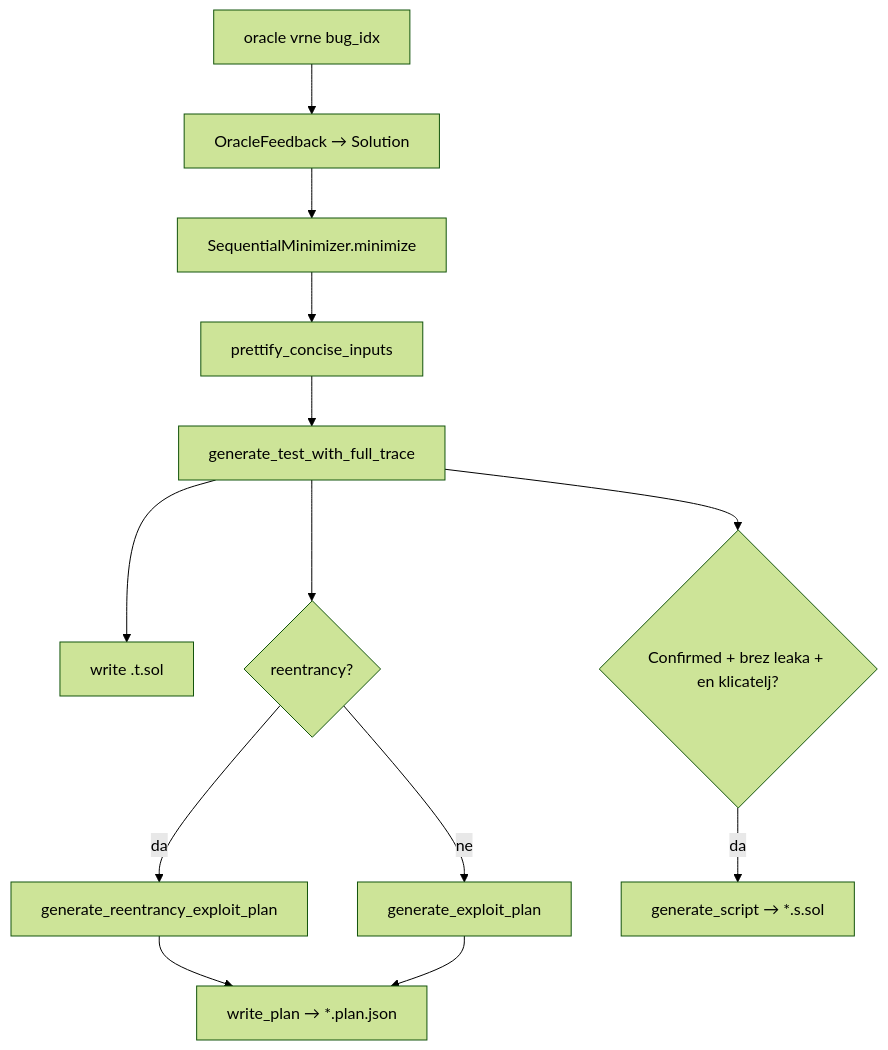
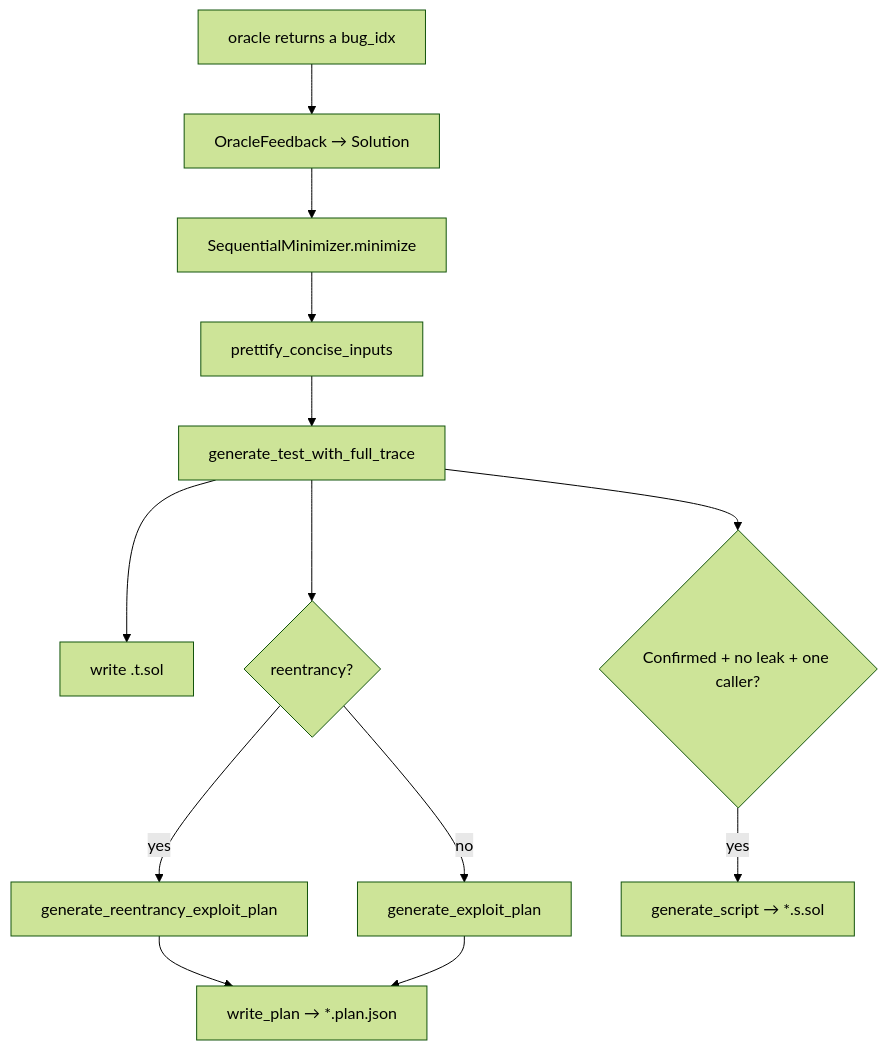
Before and after one commit to DanijelTech/Forksploit-open: the diagram in docs/PLAN_JSON.md, drawn with Mermaid (forest theme). The commit also changed other lines of this file and 72 other files, not shown here.

````diff
--- a/docs/PLAN_JSON.md
+++ b/docs/PLAN_JSON.md
@@ -174,15 +176,15 @@
 ```mermaid
 flowchart TD
-    A[oracle vrne bug_idx] --> B[OracleFeedback → Solution]
+    A[oracle returns a bug_idx] --> B[OracleFeedback → Solution]
     B --> C[SequentialMinimizer.minimize]
     C --> D[prettify_concise_inputs]
     D --> E[generate_test_with_full_trace]
     E --> F[write .t.sol]
     E --> G{reentrancy?}
-    G -->|da| H[generate_reentrancy_exploit_plan]
-    G -->|ne| I[generate_exploit_plan]
+    G -->|yes| H[generate_reentrancy_exploit_plan]
+    G -->|no| I[generate_exploit_plan]
     H --> J[write_plan → *.plan.json]
     I --> J
-    E --> K{Confirmed + brez leaka + en klicatelj?}
-    K -->|da| L[generate_script → *.s.sol]
+    E --> K{Confirmed + no leak + one caller?}
+    K -->|yes| L[generate_script → *.s.sol]
 ```
````
